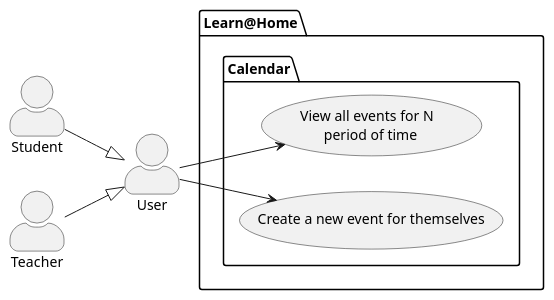
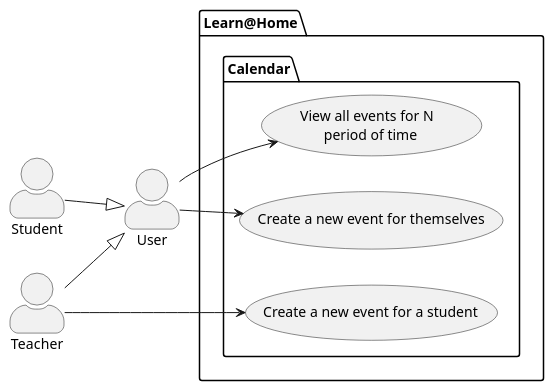
The diagram in diagrams/use_cases/calendar.puml (Zuruuh/dev4u), drawn with PlantUML before and after one commit. The commit also changed 2 other files, not shown here.

Commit message:
✨ Update diagrams, add more actions for users

```diff
--- a/diagrams/use_cases/calendar.puml
+++ b/diagrams/use_cases/calendar.puml
@@ -1,23 +1,25 @@
 @startuml Calendar
 
 skinparam actorStyle awesome
 left to right direction
 
 actor "User" as user
 actor "Student" as student
 actor "Teacher" as teacher
 
 package Learn@Home {
     package Calendar {
         usecase "View all events for N \n period of time" as view_all_events
         usecase "Create a new event for themselves" as create_event_for_themselves
+        usecase "Create a new event for a student" as create_event_for_a_student
     }
 }
 
 teacher --|> user
 student --|> user
 
 user --> view_all_events
 user --> create_event_for_themselves
+teacher --> create_event_for_a_student
 
 @enduml
```
